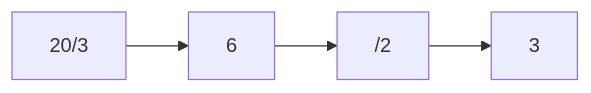
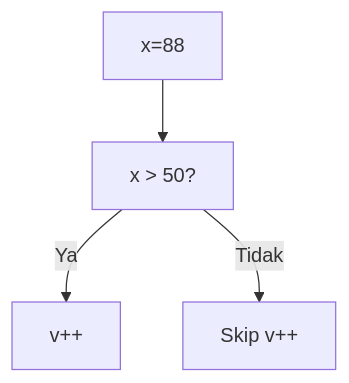
Before and after one commit to amnahwaida/OSNK_INF_PREP: diagram 11 of 25 in part-c-pemahaman-cpp/02-percabangan/latihan/set-06.md, drawn with Mermaid. The commit also changed other lines of this file and 71 other files, not shown here.

````diff
--- a/part-c-pemahaman-cpp/02-percabangan/latihan/set-06.md
+++ b/part-c-pemahaman-cpp/02-percabangan/latihan/set-06.md
@@ -362,6 +301,6 @@
 ```mermaid
-graph LR
-A["20/3"] --> B["6"]
-B --> C["/2"]
-C --> D["3"]
+graph TD
+A["x=88"] --> B["x > 50?"]
+B -- Ya --> C["v++"]
+B -- Tidak --> D["Skip v++"]
 ```
````
